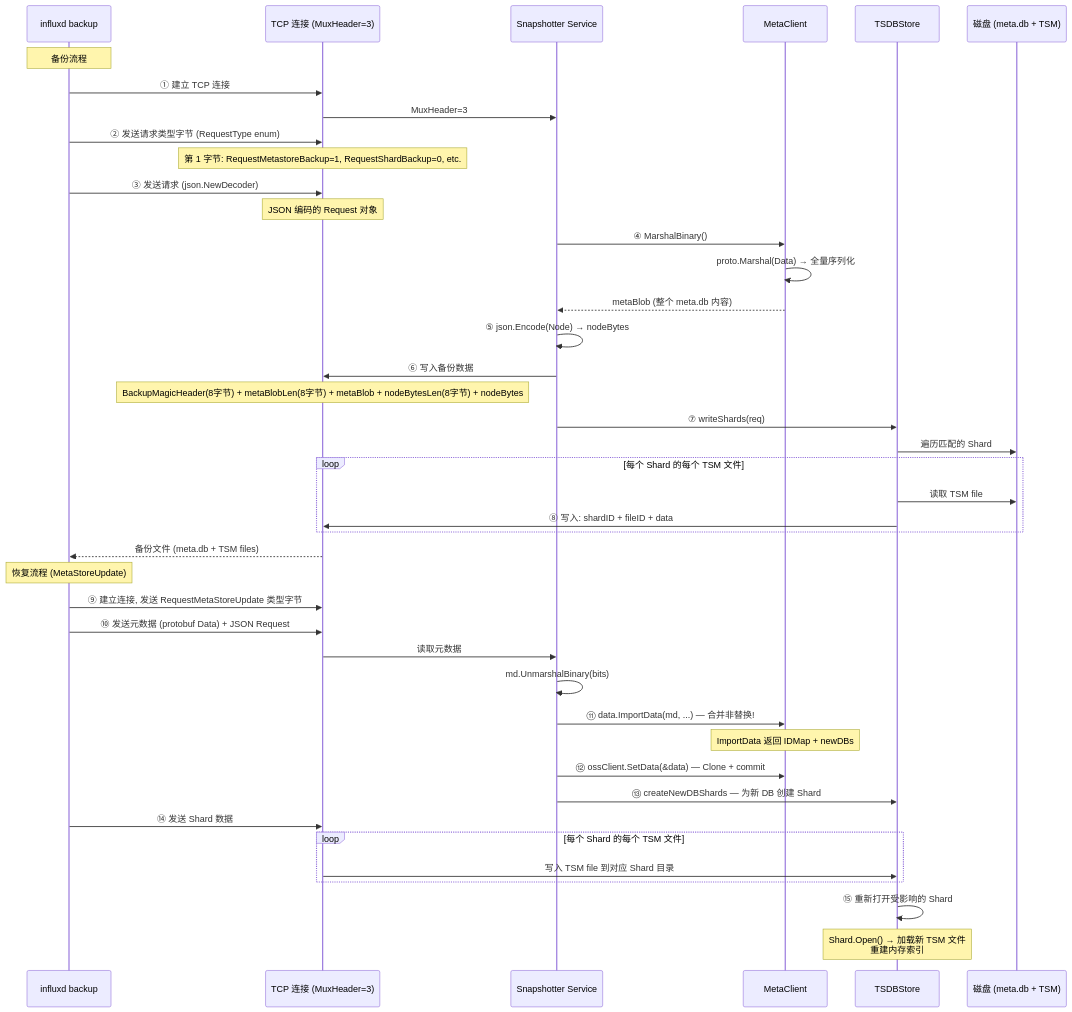
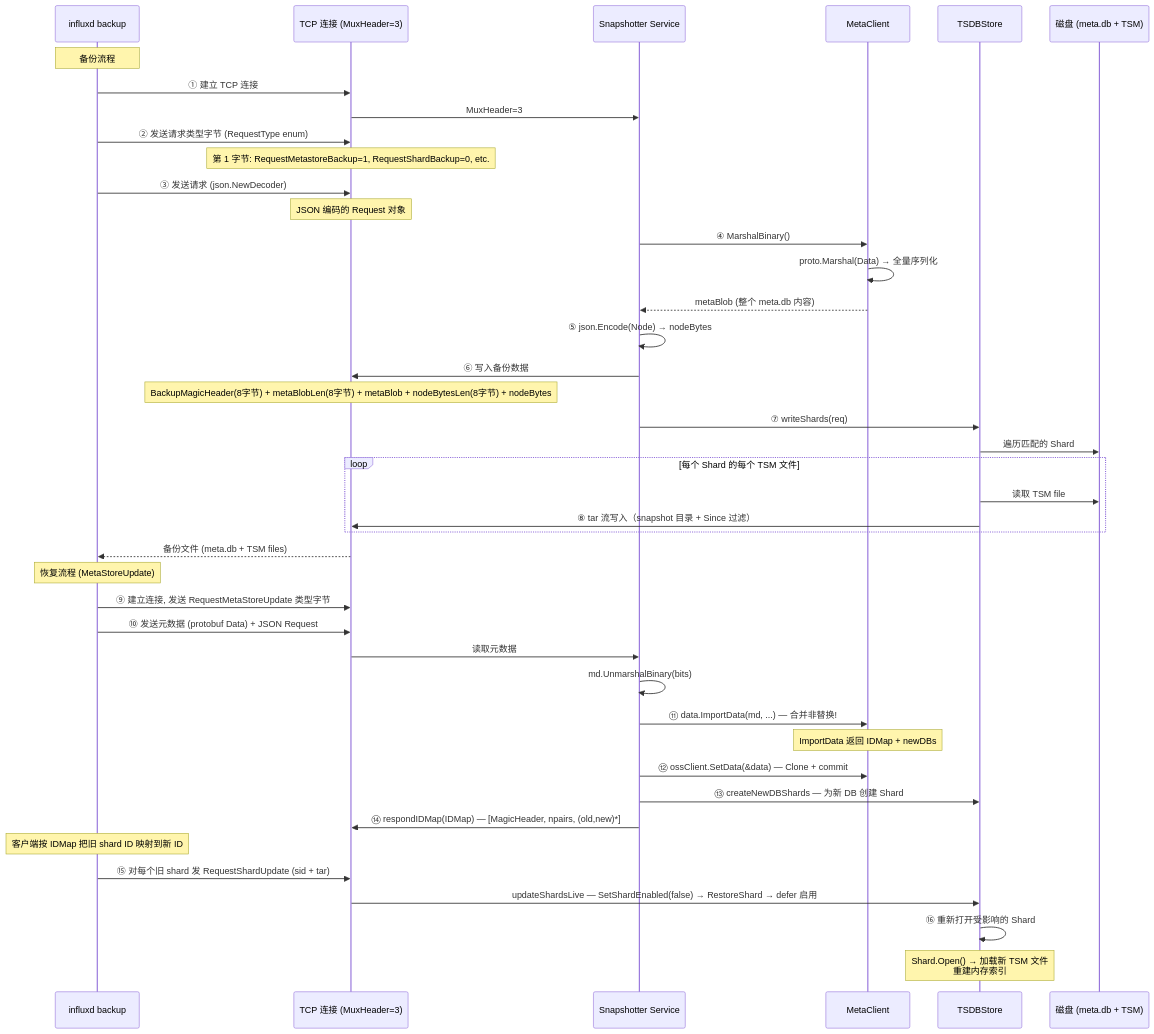
One commit to stefanv5/influxdb changed the tenth of 14 diagrams in docs/specs/07_state_machine_spec.md. Above: the diagram before and after it, drawn with Mermaid. The commit also changed other lines of this file and 16 other files, not shown here.

First line of the commit message:
docs: correct and deepen the 17 architecture specs

````diff
--- a/docs/specs/07_state_machine_spec.md
+++ b/docs/specs/07_state_machine_spec.md
@@ -1457,58 +1514,58 @@
 ```mermaid
 sequenceDiagram
     participant Client as influxd backup
     participant TCP as TCP 连接 (MuxHeader=3)
     participant SnapSvc as Snapshotter Service
     participant Meta as MetaClient
     participant TSDB as TSDBStore
     participant Disk as 磁盘 (meta.db + TSM)
 
     Note over Client: 备份流程
 
     Client->>TCP: ① 建立 TCP 连接
     TCP->>SnapSvc: MuxHeader=3
 
     Client->>TCP: ② 发送请求类型字节 (RequestType enum)
     Note over TCP: 第 1 字节: RequestMetastoreBackup=1, RequestShardBackup=0, etc.
 
     Client->>TCP: ③ 发送请求 (json.NewDecoder)
     Note over TCP: JSON 编码的 Request 对象
 
     SnapSvc->>Meta: ④ MarshalBinary()
     Meta->>Meta: proto.Marshal(Data) → 全量序列化
     Meta-->>SnapSvc: metaBlob (整个 meta.db 内容)
 
     SnapSvc->>SnapSvc: ⑤ json.Encode(Node) → nodeBytes
 
     SnapSvc->>TCP: ⑥ 写入备份数据
     Note over TCP: BackupMagicHeader(8字节) + metaBlobLen(8字节) + metaBlob + nodeBytesLen(8字节) + nodeBytes
 
     SnapSvc->>TSDB: ⑦ writeShards(req)
     TSDB->>Disk: 遍历匹配的 Shard
     loop 每个 Shard 的每个 TSM 文件
         TSDB->>Disk: 读取 TSM file
-        TSDB->>TCP: ⑧ 写入: shardID + fileID + data
+        TSDB->>TCP: ⑧ tar 流写入（snapshot 目录 + Since 过滤）
     end
 
     TCP-->>Client: 备份文件 (meta.db + TSM files)
 
     Note over Client: 恢复流程 (MetaStoreUpdate)
 
     Client->>TCP: ⑨ 建立连接, 发送 RequestMetaStoreUpdate 类型字节
     Client->>TCP: ⑩ 发送元数据 (protobuf Data) + JSON Request
     TCP->>SnapSvc: 读取元数据
 
     SnapSvc->>SnapSvc: md.UnmarshalBinary(bits)
     SnapSvc->>Meta: ⑪ data.ImportData(md, ...) — 合并非替换!
     Note over Meta: ImportData 返回 IDMap + newDBs
     SnapSvc->>Meta: ⑫ ossClient.SetData(&data) — Clone + commit
     SnapSvc->>TSDB: ⑬ createNewDBShards — 为新 DB 创建 Shard
+    SnapSvc->>TCP: ⑭ respondIDMap(IDMap) — [MagicHeader, npairs, (old,new)*]
 
-    Client->>TCP: ⑭ 发送 Shard 数据
-    loop 每个 Shard 的每个 TSM 文件
-        TCP->>TSDB: 写入 TSM file 到对应 Shard 目录
-    end
+    Note over Client: 客户端按 IDMap 把旧 shard ID 映射到新 ID
+    Client->>TCP: ⑮ 对每个旧 shard 发 RequestShardUpdate (sid + tar)
+    TCP->>TSDB: updateShardsLive — SetShardEnabled(false) → RestoreShard → defer 启用
 
-    TSDB->>TSDB: ⑮ 重新打开受影响的 Shard
+    TSDB->>TSDB: ⑯ 重新打开受影响的 Shard
     Note over TSDB: Shard.Open() → 加载新 TSM 文件<br>重建内存索引
 ```
````
